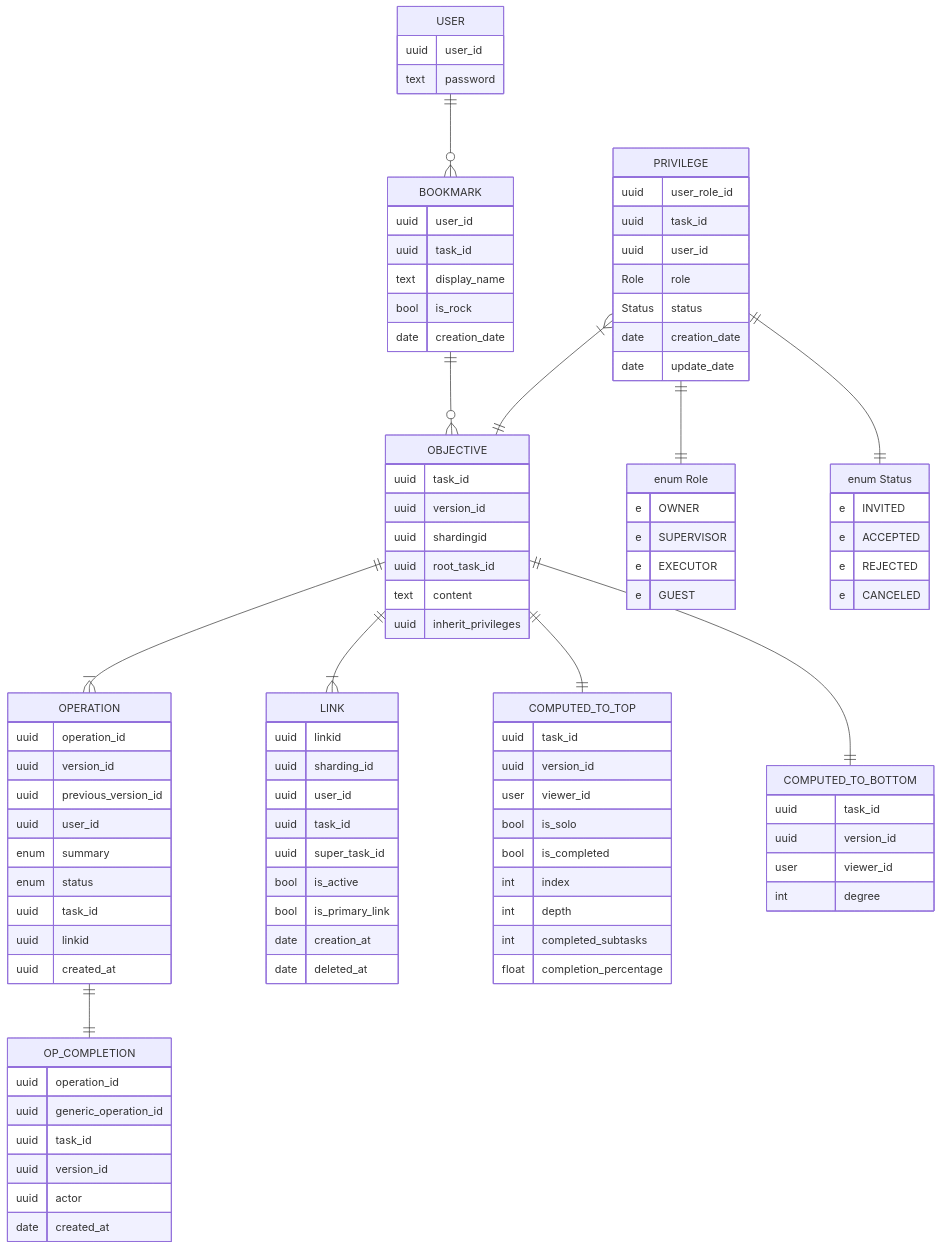
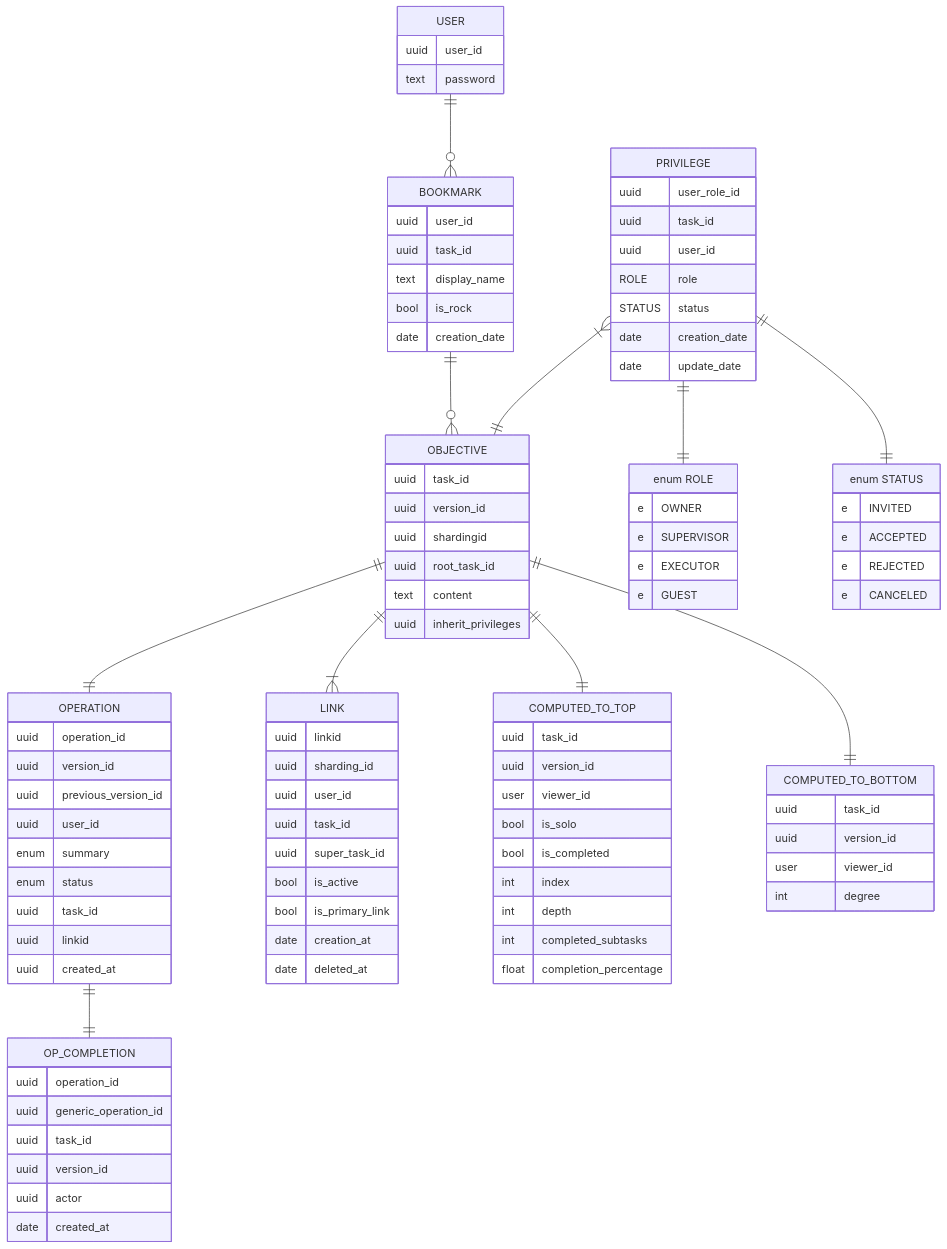
Before and after one commit to ufukty/logbook: the diagram in docs/database/simplified.mmd, drawn with Mermaid. The commit also changed 3 other files, not shown here.

Commit message:
docs/database working on database schema

```diff
--- a/docs/database/simplified.mmd
+++ b/docs/database/simplified.mmd
@@ -1,145 +1,145 @@
 erDiagram
 
     USER {
         uuid user_id
         text password
     }
 
     USER ||--o{ BOOKMARK : ""
 
     BOOKMARK {
         uuid user_id
         uuid task_id
         text display_name
         %% rocks are hidden in the UI
         bool is_rock 
         date creation_date
     }
 
     %% a bookmark points to a root node of a work tree
     BOOKMARK ||--o{ OBJECTIVE : ""
 
     OPERATION {
         uuid operation_id
         uuid version_id
         uuid previous_version_id
 
         uuid user_id
         enum summary
         enum status
 
         uuid task_id
         uuid linkid
 
         uuid created_at
     }
 
     OP_COMPLETION {
         uuid operation_id
         uuid generic_operation_id
         uuid task_id 
         uuid version_id
         uuid actor
         date created_at
     }
 
     OPERATION ||--|| OP_COMPLETION : ""
 
-    ROLE["enum Role"] {
+    ROLE["enum ROLE"] {
         e OWNER
         e SUPERVISOR
         e EXECUTOR
         e GUEST
     }
 
-    STATUS["enum Status"] {
+    STATUS["enum STATUS"] {
         e INVITED
         e ACCEPTED
         e REJECTED
         e CANCELED
     }
 
     PRIVILEGE {
         uuid user_role_id 
         uuid task_id
         uuid user_id
-        Role role
-        Status status 
+        ROLE role
+        STATUS status 
         date creation_date
         date update_date
     }
 
     PRIVILEGE ||--|| ROLE : ""
     PRIVILEGE ||--|| STATUS : ""
 
     OBJECTIVE {
         uuid task_id 
         uuid version_id
 
         %% "Inherit super obj, randomize else"
         uuid shardingid 
         %% "Needed for sharding."
         uuid root_task_id 
 
         text content
 
         %% "id of inherited task"
         uuid inherit_privileges 
     }
 
+
+    %% Any task with custom privilege hand. can have owner/viewers/executors
+    PRIVILEGE }|--|| OBJECTIVE : ""
+    OBJECTIVE ||--|| OPERATION : ""
+
     %% recalculate every link on a tree when new viewer come" ?
     LINK {
         uuid linkid
         %% "Inherit super obj, randomize otherwise"
         uuid sharding_id 
 
         uuid user_id 
         uuid task_id
         uuid super_task_id
 
         %% "FALSE if the link is deleted by user"
         bool is_active 
         %% "TRUE if this is the first link of task with any supertask"
         bool is_primary_link 
 
         date creation_at
         date deleted_at
     }
 
-    %% Any task with custom privilege hand. can have owner/viewers/executors
-    PRIVILEGE }|--|| OBJECTIVE : ""
-
-    OBJECTIVE ||--|{ OPERATION : ""
     OBJECTIVE ||--|{ LINK: ""
-
 
     COMPUTED_TO_TOP {
         uuid task_id
         uuid version_id
         user viewer_id
 
         bool is_solo
         %% bool is_leaf
         %% "for leaf"
         bool is_completed 
 
         %% "inherited from inviter on task creation."
         int index 
         int depth
         %% "changes for each user. divide with degree to find completion_percentage"
         int completed_subtasks 
         %% "changes for each user. not the same with OBJECTIVE.is_completed"
         float completion_percentage 
 
     }
 
     COMPUTED_TO_BOTTOM {
         uuid task_id
         uuid version_id
         user viewer_id
 
         int degree
     }
 
     OBJECTIVE ||--|| COMPUTED_TO_BOTTOM: ""
     OBJECTIVE ||--|| COMPUTED_TO_TOP: ""
```
